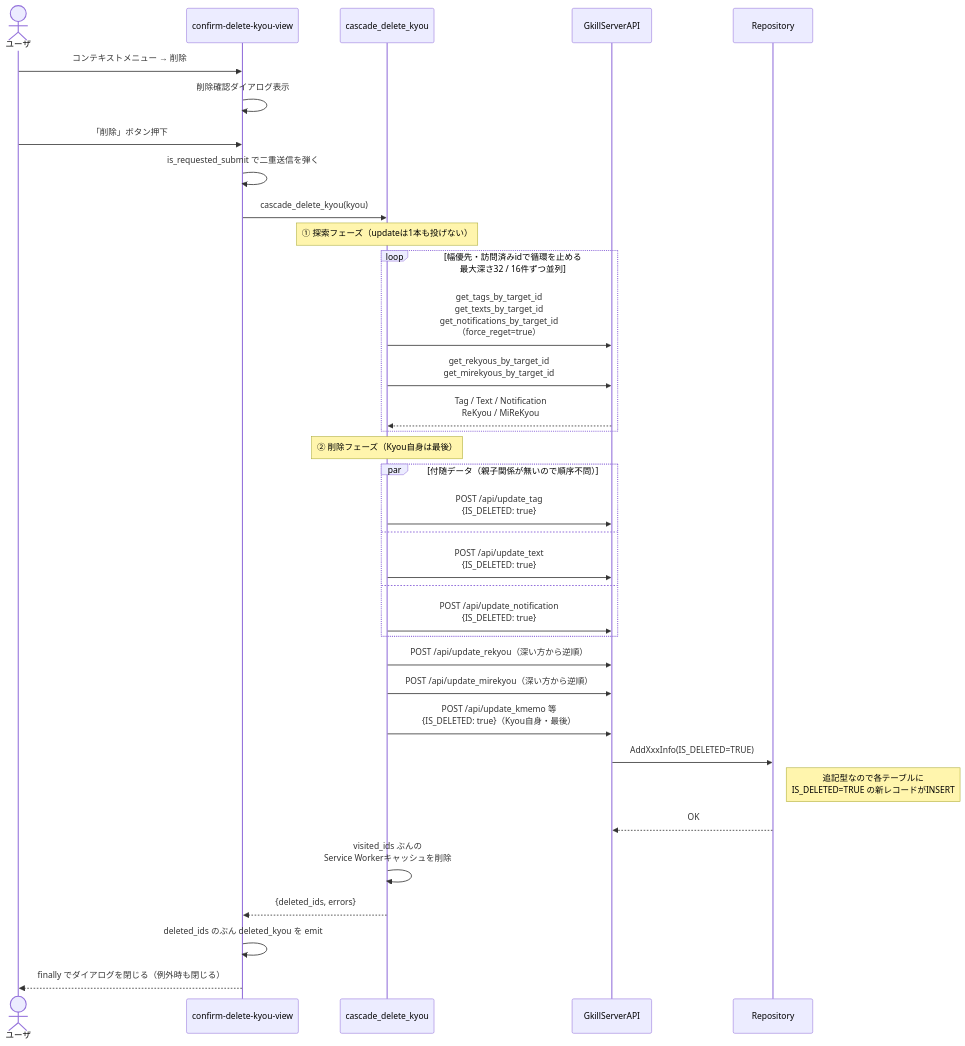
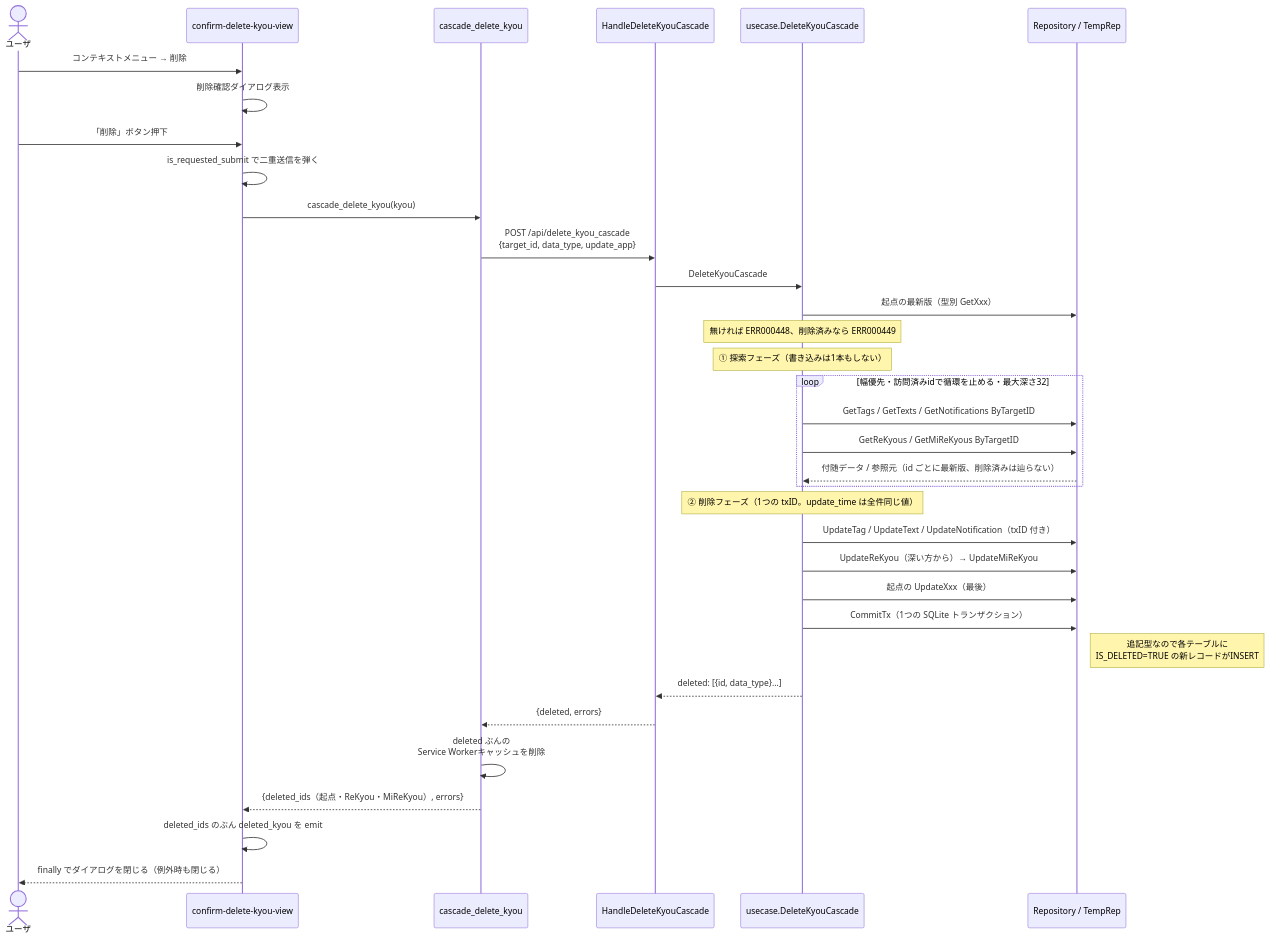
One commit to mt3hr/gkill changed the sixth of 29 diagrams in documents/reverse/sequence-diagrams.md. Above: the diagram before and after it, drawn with Mermaid. The commit also changed other lines of this file and 114 other files, not shown here.

````diff
--- a/documents/reverse/sequence-diagrams.md
+++ b/documents/reverse/sequence-diagrams.md
@@ -176,40 +179,39 @@
 ```mermaid
 sequenceDiagram
     actor User as ユーザ
     participant UI as confirm-delete-kyou-view
     participant CD as cascade_delete_kyou
-    participant API as GkillServerAPI
-    participant Rep as Repository
+    participant API as HandleDeleteKyouCascade
+    participant UC as usecase.DeleteKyouCascade
+    participant Rep as Repository / TempRep
 
     User->>UI: コンテキストメニュー → 削除
     UI->>UI: 削除確認ダイアログ表示
     User->>UI: 「削除」ボタン押下
     UI->>UI: is_requested_submit で二重送信を弾く
     UI->>CD: cascade_delete_kyou(kyou)
+    CD->>API: POST /api/delete_kyou_cascade<br>{target_id, data_type, update_app}
+    API->>UC: DeleteKyouCascade
+    UC->>Rep: 起点の最新版（型別 GetXxx）
+    Note over UC: 無ければ ERR000448、削除済みなら ERR000449
 
-    Note over CD: ① 探索フェーズ（updateは1本も投げない）
-    loop 幅優先・訪問済みidで循環を止める<br>最大深さ32 / 16件ずつ並列
-        CD->>API: get_tags_by_target_id<br>get_texts_by_target_id<br>get_notifications_by_target_id<br>（force_reget=true）
-        CD->>API: get_rekyous_by_target_id<br>get_mirekyous_by_target_id
-        API-->>CD: Tag / Text / Notification<br>ReKyou / MiReKyou
+    Note over UC: ① 探索フェーズ（書き込みは1本もしない）
+    loop 幅優先・訪問済みidで循環を止める・最大深さ32
+        UC->>Rep: GetTags / GetTexts / GetNotifications ByTargetID
+        UC->>Rep: GetReKyous / GetMiReKyous ByTargetID
+        Rep-->>UC: 付随データ / 参照元（id ごとに最新版、削除済みは辿らない）
     end
 
-    Note over CD: ② 削除フェーズ（Kyou自身は最後）
-    par 付随データ（親子関係が無いので順序不問）
-        CD->>API: POST /api/update_tag<br>{IS_DELETED: true}
-    and
-        CD->>API: POST /api/update_text<br>{IS_DELETED: true}
-    and
-        CD->>API: POST /api/update_notification<br>{IS_DELETED: true}
-    end
-    CD->>API: POST /api/update_rekyou（深い方から逆順）
-    CD->>API: POST /api/update_mirekyou（深い方から逆順）
-    CD->>API: POST /api/update_kmemo 等<br>{IS_DELETED: true}（Kyou自身・最後）
-    API->>Rep: AddXxxInfo(IS_DELETED=TRUE)
+    Note over UC: ② 削除フェーズ（1つの txID。update_time は全件同じ値）
+    UC->>Rep: UpdateTag / UpdateText / UpdateNotification（txID 付き）
+    UC->>Rep: UpdateReKyou（深い方から）→ UpdateMiReKyou
+    UC->>Rep: 起点の UpdateXxx（最後）
+    UC->>Rep: CommitTx（1つの SQLite トランザクション）
     Note right of Rep: 追記型なので各テーブルに<br>IS_DELETED=TRUE の新レコードがINSERT
-    Rep-->>API: OK
-    CD->>CD: visited_ids ぶんの<br>Service Workerキャッシュを削除
-    CD-->>UI: {deleted_ids, errors}
+    UC-->>API: deleted: [{id, data_type}...]
+    API-->>CD: {deleted, errors}
+    CD->>CD: deleted ぶんの<br>Service Workerキャッシュを削除
+    CD-->>UI: {deleted_ids（起点・ReKyou・MiReKyou）, errors}
     UI->>UI: deleted_ids のぶん deleted_kyou を emit
     UI-->>User: finally でダイアログを閉じる（例外時も閉じる）
 ```
````
